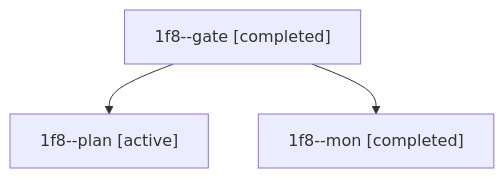
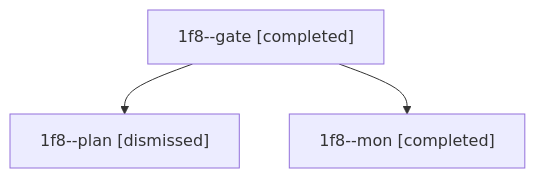
Before and after one commit to bobs-org/bob-cli--agents: the diagram in sessions/bbugyi200.athena.1f8.md, drawn with Mermaid. The commit also changed other lines of this file and 10 other files, not shown here.

````diff
--- a/sessions/bbugyi200.athena.1f8.md
+++ b/sessions/bbugyi200.athena.1f8.md
@@ -9,8 +9,8 @@
 ```mermaid
 flowchart TD
   n0["1f8--gate [completed]"]
-  n1["1f8--plan [active]"]
+  n1["1f8--plan [dismissed]"]
   n0 --> n1
   n2["1f8--mon [completed]"]
   n0 --> n2
 ```
````
